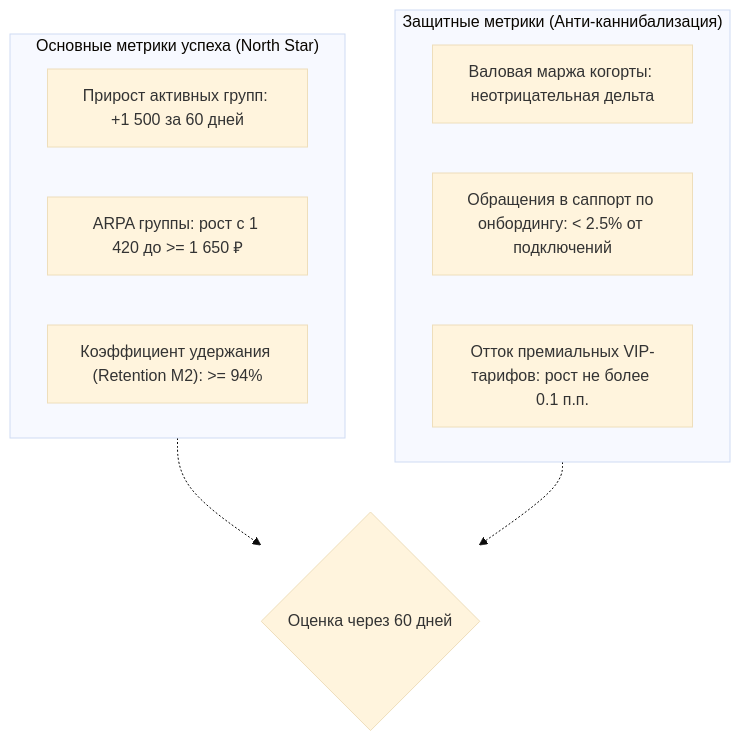
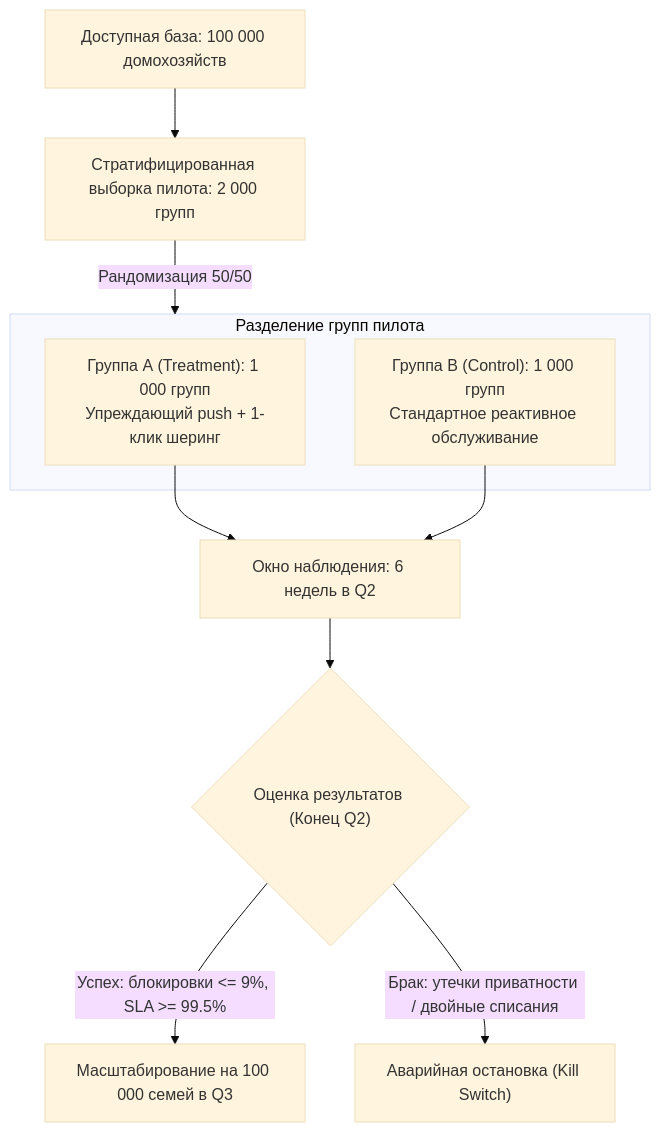
One commit to Nek1yZakhar/product-strategist-agent changed the diagram in knowledge/projects/demo-megafon/output/validation-plan.md. Above: the diagram before and after it, drawn with Mermaid (base theme). The commit also changed other lines of this file and 21 other files, not shown here.

````diff
--- a/knowledge/projects/demo-megafon/output/validation-plan.md
+++ b/knowledge/projects/demo-megafon/output/validation-plan.md
@@ -31,17 +26,16 @@
 ```mermaid
 flowchart TD
-    subgraph PrimaryMetrics["Основные метрики успеха (North Star)"]
-        M1["Прирост активных групп: +1 500 за 60 дней"]
-        M2["ARPA группы: рост с 1 420 до >= 1 650 ₽"]
-        M3["Коэффициент удержания (Retention M2): >= 94%"]
+    Universe["Доступная база: 100 000 домохозяйств"] --> Sample["Стратифицированная выборка пилота: 2 000 групп"]
+    Sample -->|"Рандомизация 50/50"| Split
+    
+    subgraph Split["Разделение групп пилота"]
+        GroupA["Группа А (Treatment): 1 000 групп<br/>Упреждающий push + 1-клик шеринг"]
+        GroupB["Группа B (Control): 1 000 групп<br/>Стандартное реактивное обслуживание"]
     end
-
-    subgraph GuardrailMetrics["Защитные метрики (Анти-каннибализация)"]
-        G1["Валовая маржа когорты: неотрицательная дельта"]
-        G2["Обращения в саппорт по онбордингу: < 2.5% от подключений"]
-        G3["Отток премиальных VIP-тарифов: рост не более 0.1 п.п."]
-    end
-
-    PrimaryMetrics -.-> Eval{"Оценка через 60 дней"}
-    GuardrailMetrics -.-> Eval
+    
+    GroupA --> Observe["Окно наблюдения: 6 недель в Q2"]
+    GroupB --> Observe
+    Observe --> Check{"Оценка результатов (Конец Q2)"}
+    Check -->|"Успех: блокировки <= 9%, SLA >= 99.5%"| Scale["Масштабирование на 100 000 семей в Q3"]
+    Check -->|"Брак: утечки приватности / двойные списания"| Abort["Аварийная остановка (Kill Switch)"]
 ```
````
